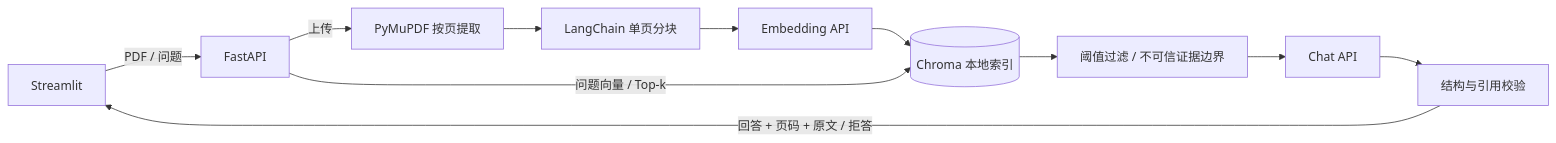
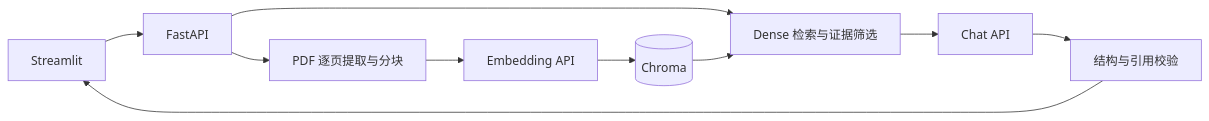
The diagram in README.md (Julien5451/investment-research-rag), drawn with Mermaid before and after one commit. The commit also changed other lines of this file and 1 other file, not shown here.

````diff
--- a/README.md
+++ b/README.md
@@ -65,13 +18,12 @@
 ```mermaid
 flowchart LR
-    U[Streamlit] -->|PDF / 问题| API[FastAPI]
-    API -->|上传| P[PyMuPDF 按页提取]
-    P --> S[LangChain 单页分块]
-    S --> E[Embedding API]
-    E --> V[(Chroma 本地索引)]
-    API -->|问题向量 / Top-k| V
-    V --> F[阈值过滤 / 不可信证据边界]
-    F --> C[Chat API]
-    C --> R[结构与引用校验]
-    R -->|回答 + 页码 + 原文 / 拒答| U
+    UI[Streamlit] --> API[FastAPI]
+    API --> PDF[PDF 逐页提取与分块]
+    PDF --> EMB[Embedding API]
+    EMB --> DB[(Chroma)]
+    API --> SEARCH[Dense 检索与证据筛选]
+    DB --> SEARCH
+    SEARCH --> LLM[Chat API]
+    LLM --> CHECK[结构与引用校验]
+    CHECK --> UI
 ```
````
